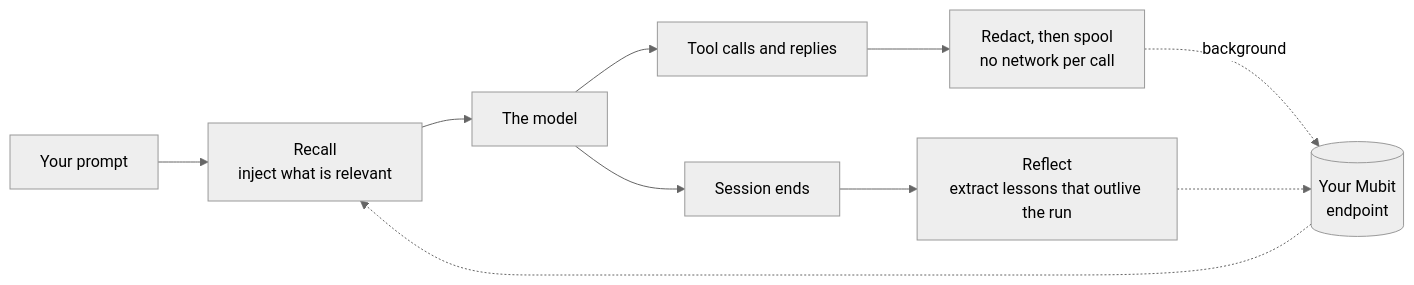
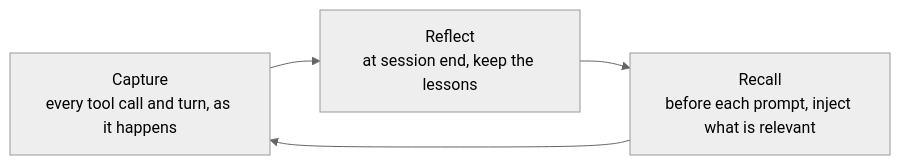
Before and after one commit to mubit-ai/plugins: the diagram in README.md, drawn with Mermaid (neutral theme). The commit also changed other lines of this file and 4 other files, not shown here.

````diff
--- a/README.md
+++ b/README.md
@@ -133,11 +129,6 @@
 ```mermaid
 flowchart LR
-  P["Your prompt"] --> R["Recall<br/>inject what is relevant"]
-  R --> M["The model"]
-  M --> T["Tool calls and replies"]
-  T --> S["Redact, then spool<br/>no network per call"]
-  S -. "background" .-> E[("Your Mubit<br/>endpoint")]
-  E -.-> R
-  M --> X["Session ends"] --> F["Reflect<br/>extract lessons that outlive the run"]
-  F -.-> E
+  C["Capture<br/>every tool call and turn, as it happens"] --> F["Reflect<br/>at session end, keep the lessons"]
+  F --> R["Recall<br/>before each prompt, inject what is relevant"]
+  R --> C
 ```
````
